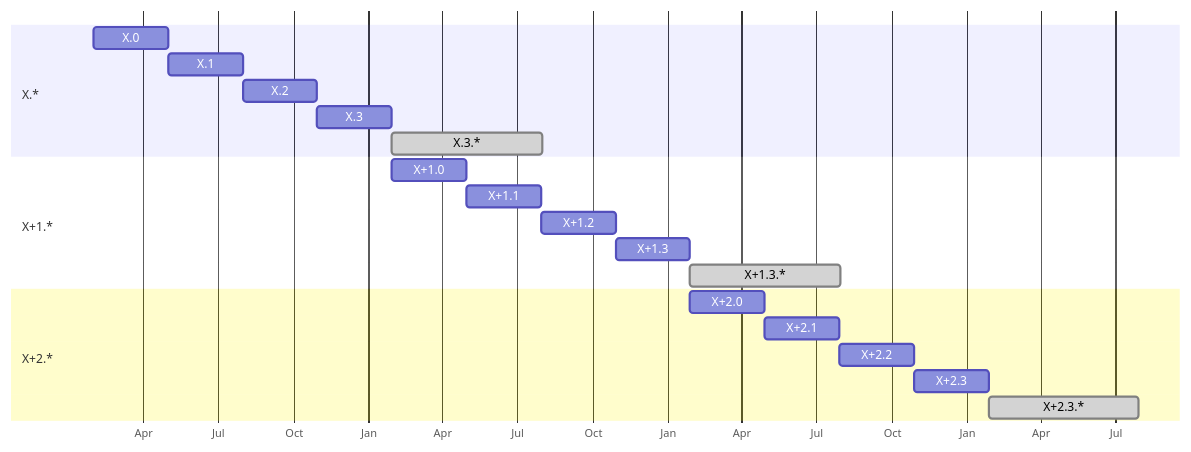
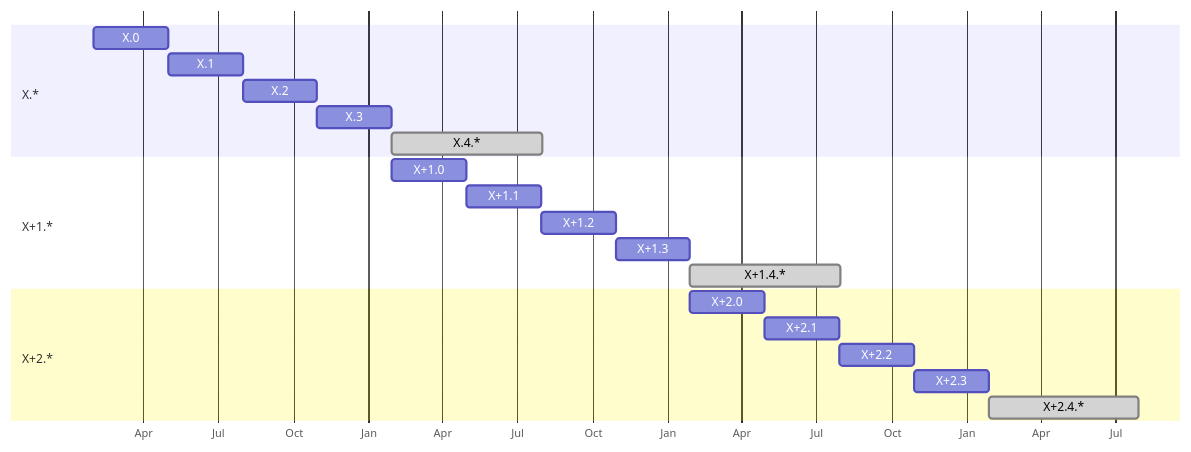
Before and after one commit to Qiskit/RFCs: the third of 3 diagrams in ####-release_cycle.md, drawn with Mermaid.

````diff
--- a/####-release_cycle.md
+++ b/####-release_cycle.md
@@ -116,25 +116,25 @@
 ```mermaid
 gantt
     dateFormat  YYYY-MM-DD
     tickInterval 3month
     todayMarker off
     axisFormat %b
     section X.*
     X.0   :rX0Y0, 2024-01-31, 91d
     X.1   :rX0Y1, after rX0Y0, 91d
     X.2   :rX0Y2, after rX0Y1, 91d
     X.3   :rX0Y3, after rX0Y2, 91d
-    X.3.*   :done, X0Y3s, after rX0Y3, 183d
+    X.4.*   :done, X0Y3s, after rX0Y3, 183d
     section X+1.*
     X+1.0    :rX1Y0, after rX0Y3, 91d
     X+1.1    :rX1Y1, after rX1Y0, 91d
     X+1.2    :rX1Y2, after rX1Y1, 91d
     X+1.3    :rX1Y3, after rX1Y2, 91d
-    X+1.3.*  :done, rX1Y3s, after rX1Y3, 183d
+    X+1.4.*  :done, rX1Y3s, after rX1Y3, 183d
     section X+2.*
     X+2.0    :rX2Y0, after rX1Y3, 91d
     X+2.1    :rX2Y1, after rX2Y0, 91d
     X+2.2    :rX2Y2, after rX2Y1, 91d
     X+2.3    :rX2Y3, after rX2Y2, 91d
-    X+2.3.*  :done, rX2Y3s, after rX2Y3, 183d
+    X+2.4.*  :done, rX2Y3s, after rX2Y3, 183d
 ```
````
